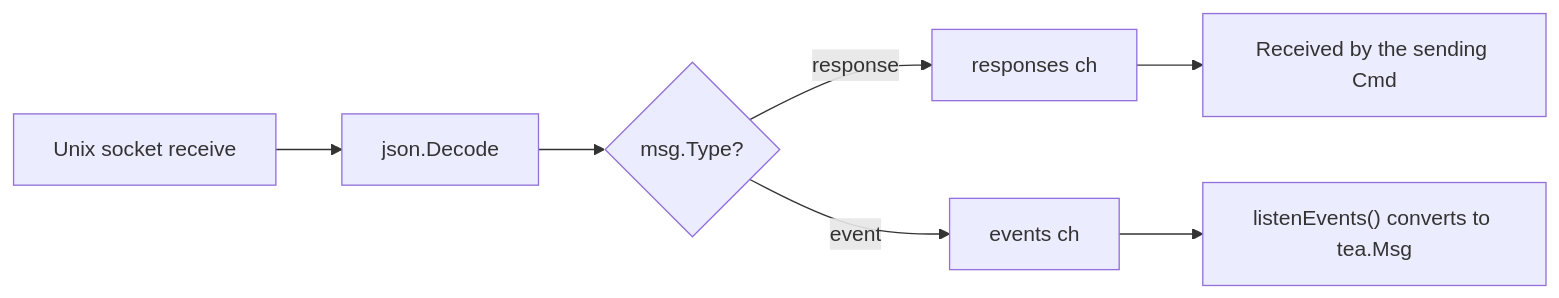
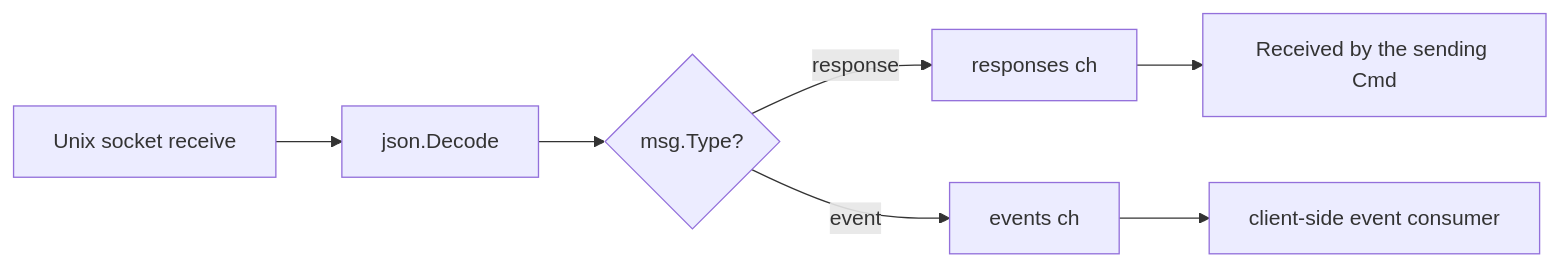
The second of 7 diagrams in docs/technical/client/ipc.md (takezoh/agent-reactor), drawn with Mermaid before and after one commit. The commit also changed other lines of this file and 268 other files, not shown here.

````diff
--- a/docs/technical/client/ipc.md
+++ b/docs/technical/client/ipc.md
@@ -114,7 +107,7 @@
 ```mermaid
 flowchart LR
     sock[Unix socket receive] --> decode[json.Decode]
     decode --> check{msg.Type?}
     check -->|response| resp[responses ch] --> cmd[Received by the sending Cmd]
-    check -->|event| evt[events ch] --> listen["listenEvents() converts to tea.Msg"]
+    check -->|event| evt[events ch] --> listen["client-side event consumer"]
 ```
````
